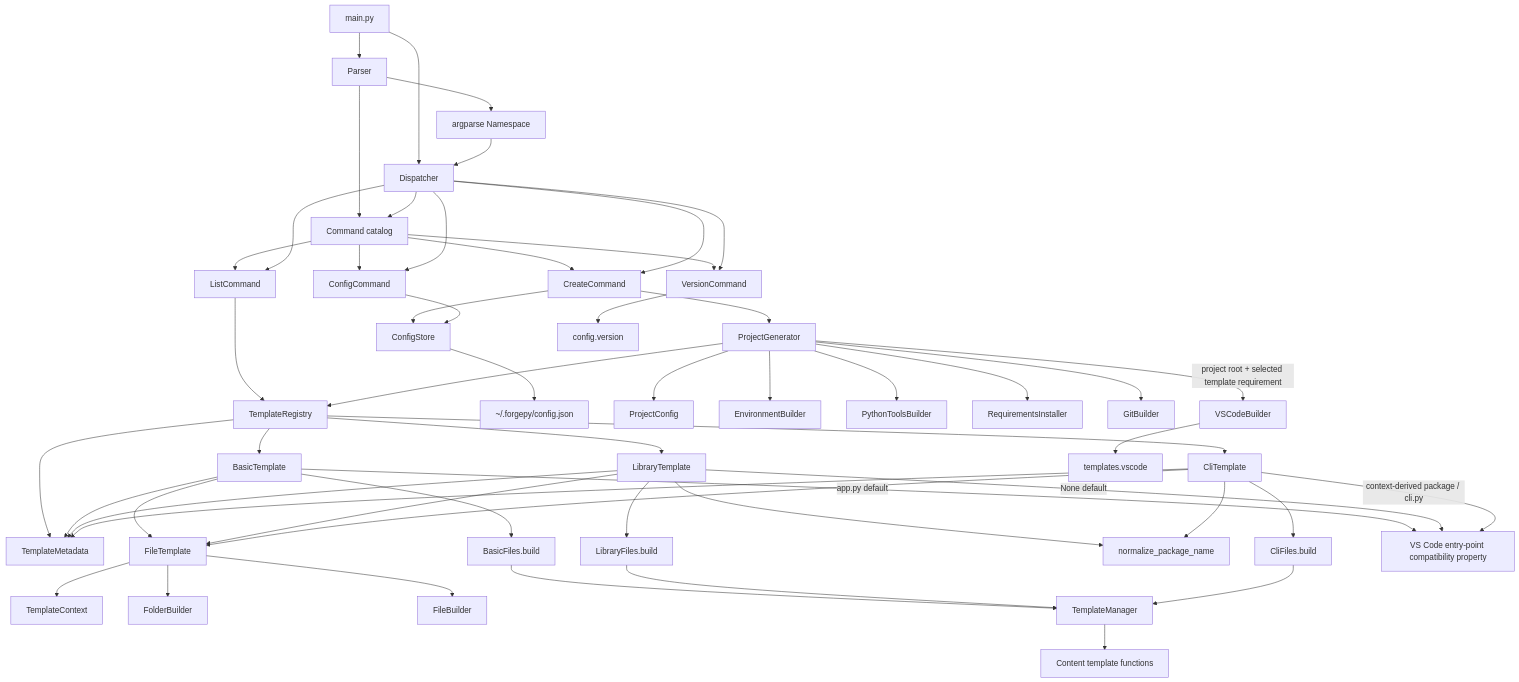
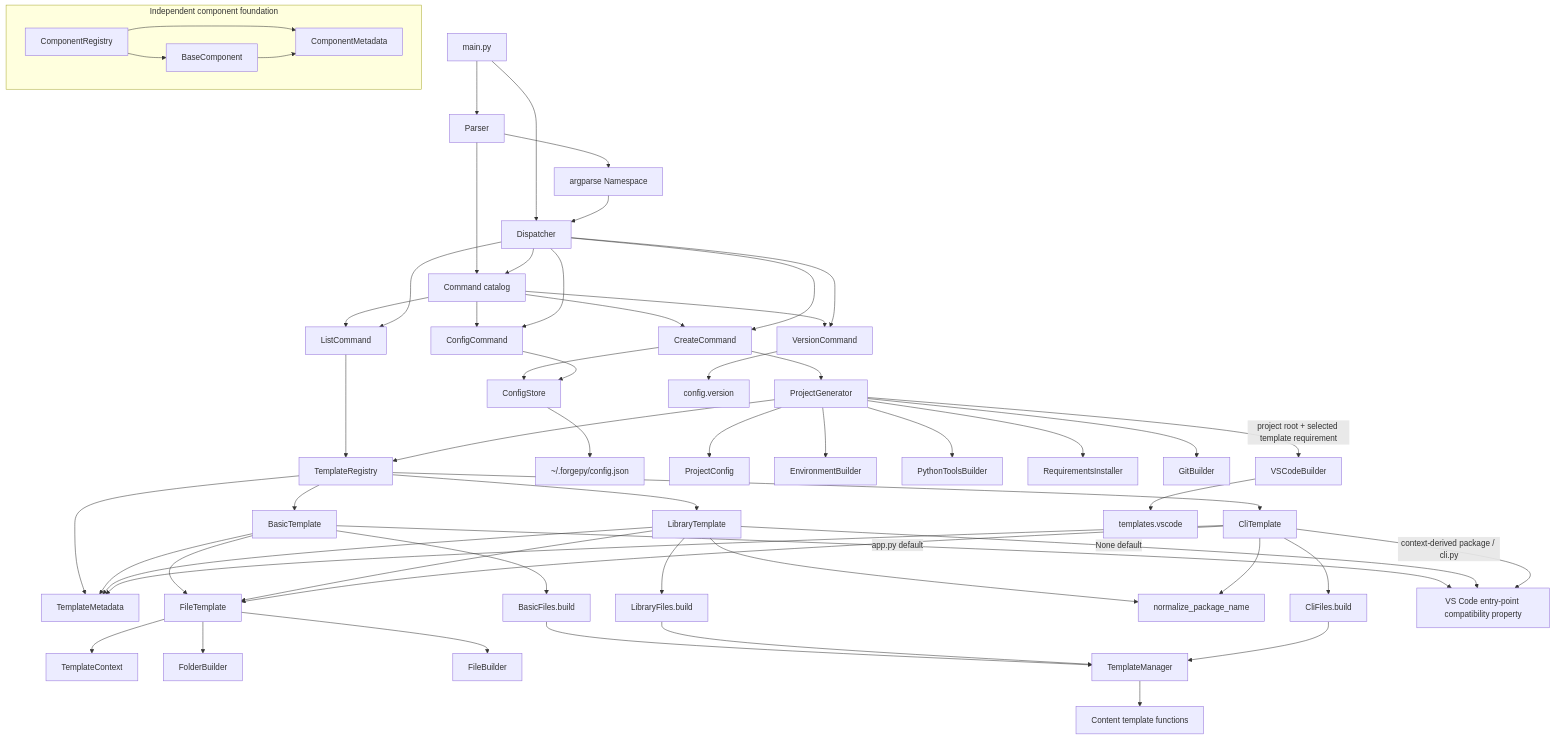
The second of 4 diagrams in ARCHITECTURE.md (rendyzou89/ForgePy), drawn with Mermaid before and after one commit. The commit also changed other lines of this file and 9 other files, not shown here.

Commit message:
feat(component): add component architecture foundation

````diff
--- a/ARCHITECTURE.md
+++ b/ARCHITECTURE.md
@@ -118,61 +126,67 @@
 ```mermaid
 flowchart TD
     Main[main.py] --> Parser[Parser]
     Main --> Dispatcher[Dispatcher]
     Parser --> Namespace[argparse Namespace]
     Namespace --> Dispatcher
 
     Parser --> Catalog[Command catalog]
     Dispatcher --> Catalog
     Catalog --> Create[CreateCommand]
     Catalog --> List[ListCommand]
     Catalog --> Version[VersionCommand]
     Catalog --> Config[ConfigCommand]
 
     Dispatcher --> Create
     Dispatcher --> List
     Dispatcher --> Version
     Dispatcher --> Config
 
     Create --> UserConfig
     Create --> Generator[ProjectGenerator]
     List --> Registry[TemplateRegistry]
     Registry --> TemplateMetadata[TemplateMetadata]
     Version --> VersionConfig[config.version]
     Config --> UserConfig[ConfigStore]
     UserConfig --> ConfigFile[~/.forgepy/config.json]
+
+    subgraph ComponentFoundation[Independent component foundation]
+        ComponentRegistry[ComponentRegistry] --> BaseComponent[BaseComponent]
+        ComponentRegistry --> ComponentMetadata[ComponentMetadata]
+        BaseComponent --> ComponentMetadata
+    end
 
     Generator --> ProjectConfig[ProjectConfig]
     Generator --> Registry
     Registry --> Basic[BasicTemplate]
     Registry --> Library[LibraryTemplate]
     Registry --> Cli[CliTemplate]
     Basic --> TemplateMetadata
     Library --> TemplateMetadata
     Cli --> TemplateMetadata
     Basic --> FileTemplate[FileTemplate]
     Library --> FileTemplate
     Cli --> FileTemplate
     FileTemplate --> Context[TemplateContext]
     FileTemplate --> FolderBuilder[FolderBuilder]
     FileTemplate --> FileBuilder[FileBuilder]
     Basic --> BasicFiles[BasicFiles.build]
     Library --> LibraryFiles[LibraryFiles.build]
     Library --> PackageName[normalize_package_name]
     Cli --> CliFiles[CliFiles.build]
     Cli --> PackageName
     BasicFiles --> TemplateManager[TemplateManager]
     LibraryFiles --> TemplateManager
     CliFiles --> TemplateManager
     TemplateManager --> Content[Content template functions]
     Basic -->|app.py default| VSCodeRequirement[VS Code entry-point compatibility property]
     Library -->|None default| VSCodeRequirement
     Cli -->|context-derived package / cli.py| VSCodeRequirement
 
     Generator --> Environment[EnvironmentBuilder]
     Generator --> PythonTools[PythonToolsBuilder]
     Generator --> Requirements[RequirementsInstaller]
     Generator --> Git[GitBuilder]
     Generator -->|project root + selected template requirement| VSCode[VSCodeBuilder]
     VSCode --> VSCodeTemplates[templates.vscode]
 ```
````
